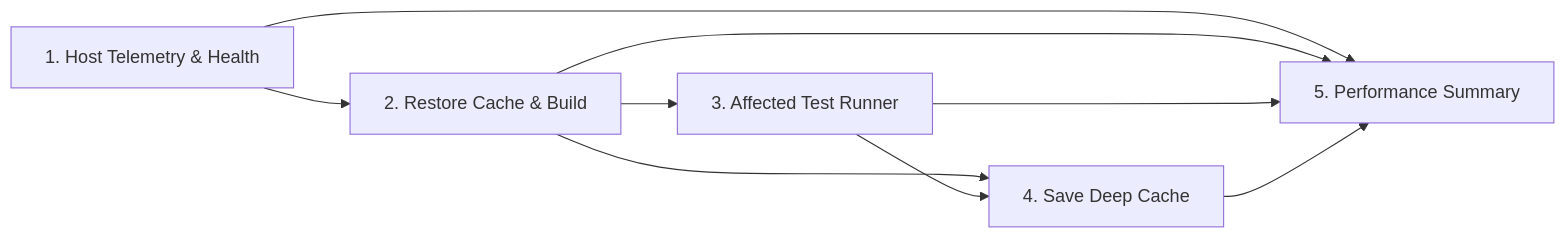
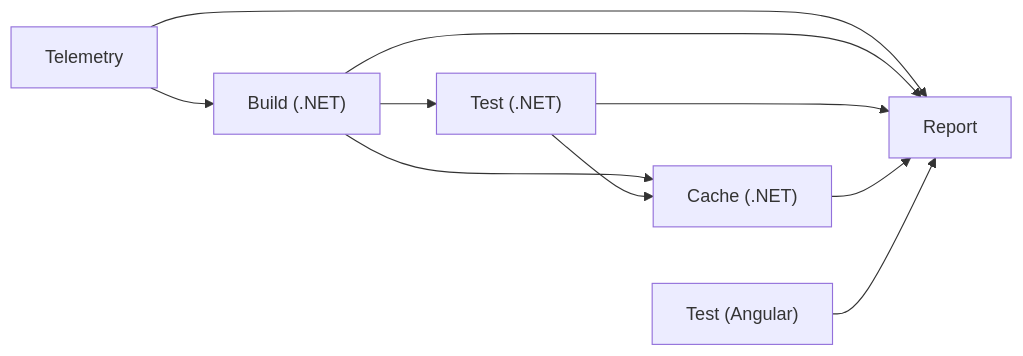
Before and after one commit to ugritchaichana/booth-homelab: the second of 2 diagrams in wiki/04-SDET-Transitive-Affected-Testing.md, drawn with Mermaid. The commit also changed other lines of this file and 5 other files, not shown here.

````diff
--- a/wiki/04-SDET-Transitive-Affected-Testing.md
+++ b/wiki/04-SDET-Transitive-Affected-Testing.md
@@ -69,13 +69,14 @@
 ```mermaid
 graph LR
-    Telemetry["1. Host Telemetry & Health"]
-    Build["2. Restore Cache & Build"]
-    Test["3. Affected Test Runner"]
-    CacheSave["4. Save Deep Cache"]
-    Summary["5. Performance Summary"]
+    Telemetry["Telemetry"]
+    Build["Build (.NET)"]
+    TestDotnet["Test (.NET)"]
+    CacheDotnet["Cache (.NET)"]
+    TestAngular["Test (Angular)"]
+    Report["Report"]
 
     Telemetry --> Build
-    Build --> Test
-    Build & Test --> CacheSave
-    Telemetry & Build & Test & CacheSave --> Summary
+    Build --> TestDotnet
+    Build & TestDotnet --> CacheDotnet
+    Telemetry & Build & TestDotnet & CacheDotnet & TestAngular --> Report
 ```
````
